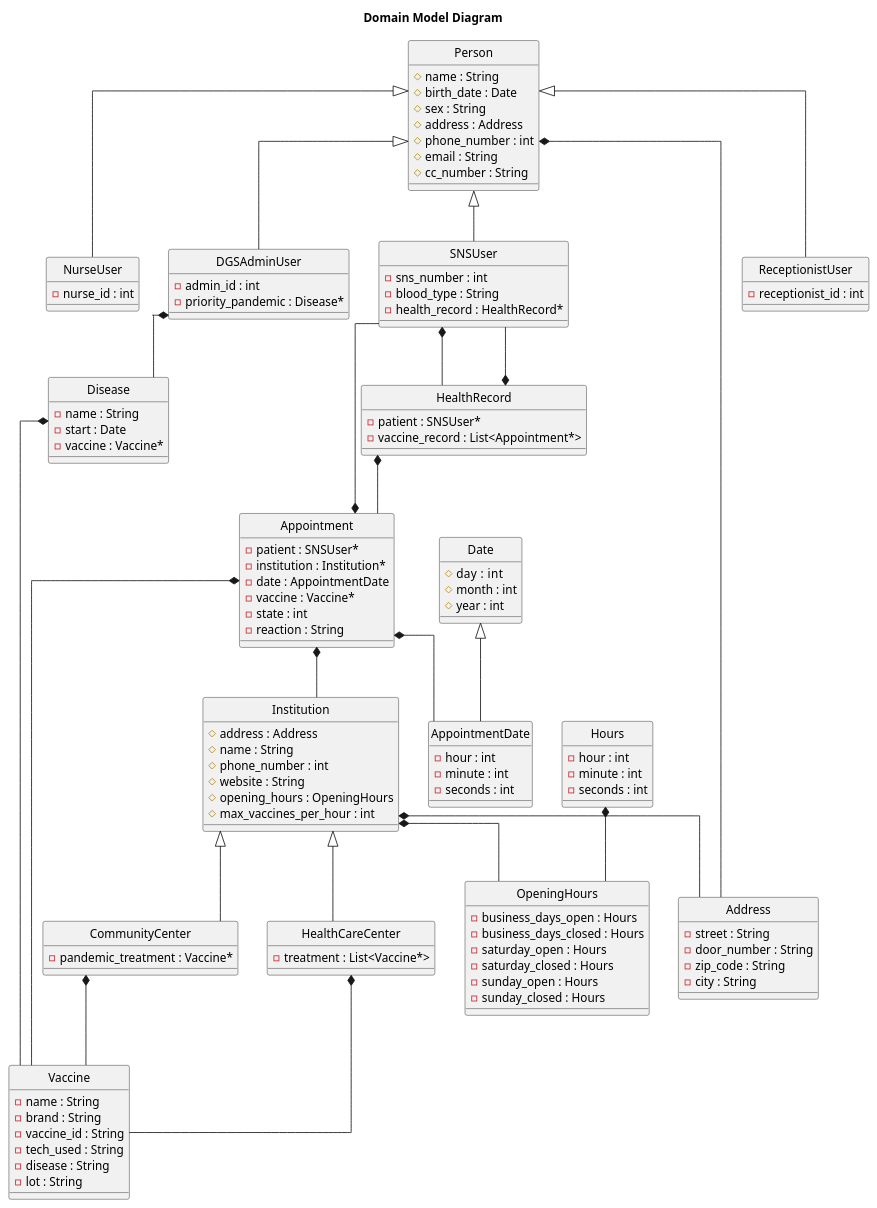
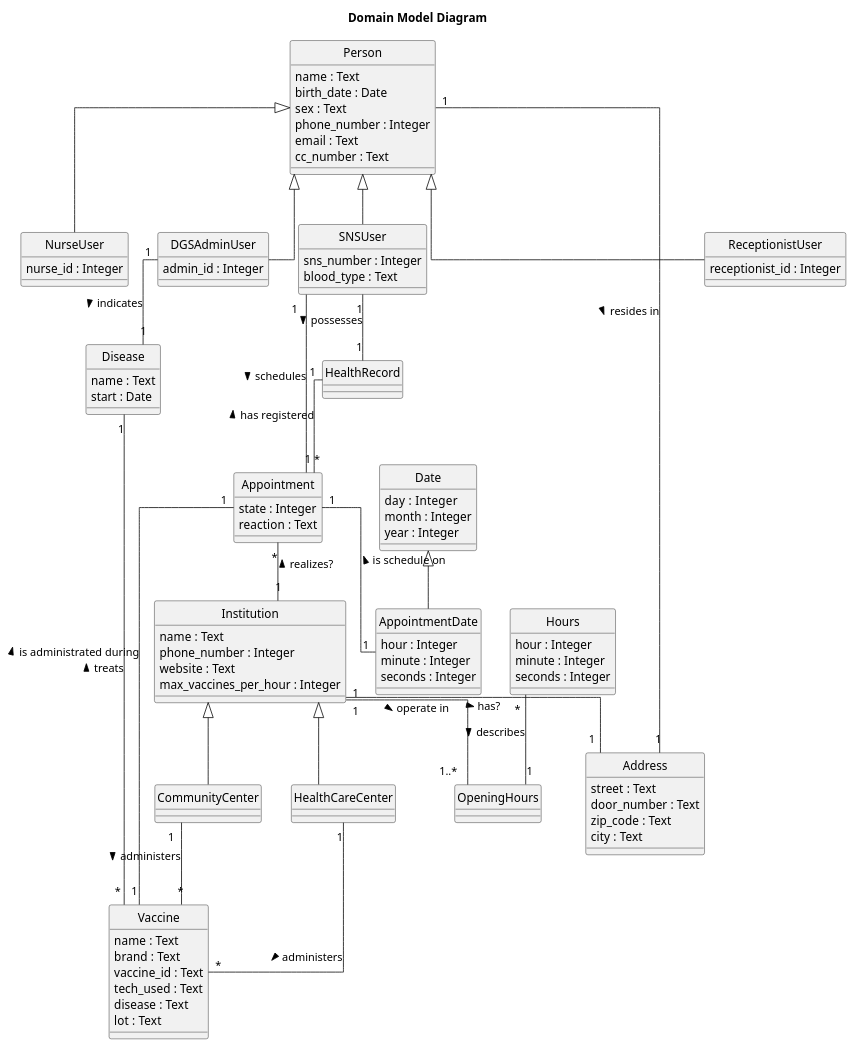
Before and after one commit to pedroguilherme-web/leti-esoft-25-26-A1: the diagram in docs/system-documentation/global-artifacts/puml/domain_model.puml, drawn with PlantUML. The commit also changed 1 other file, not shown here.

```diff
--- a/docs/system-documentation/global-artifacts/puml/domain_model.puml
+++ b/docs/system-documentation/global-artifacts/puml/domain_model.puml
@@ -1,126 +1,125 @@
 @startuml
 'https://plantuml.com/class-diagram
 
 hide circle
 top to bottom direction
 skinparam linetype ortho
 title Domain Model Diagram
 
 class Person {
-    # name : String
-    # birth_date : Date
-    # sex : String
-    # address : Address
-    # phone_number : int
-    # email : String
-    # cc_number : String
+    name : Text
+    birth_date : Date
+    sex : Text
+    'address : Address
+    phone_number : Integer
+    email : Text
+    cc_number : Text
 }
 class NurseUser {
-    - nurse_id : int
+    nurse_id : Integer
 }
 class SNSUser {
-    - sns_number : int
-    - blood_type : String
-    - health_record : HealthRecord*
+    sns_number : Integer
+    blood_type : Text
+    'health_record : HealthRecord*
 }
 class ReceptionistUser {
-    - receptionist_id : int
+    receptionist_id : Integer
 }
 class DGSAdminUser {
-    - admin_id : int
-    - priority_pandemic : Disease*
+    admin_id : Integer
+    'priority_pandemic : Disease*
 }
 class Vaccine {
-    - name : String
-    - brand : String
-    - vaccine_id : String
-    - tech_used : String
-    - disease : String
-    - lot : String
+    name : Text
+    brand : Text
+    vaccine_id : Text
+    tech_used : Text
+    disease : Text
+    lot : Text
 }
 class Appointment {
-    - patient : SNSUser*
-    - institution : Institution*
-    - date : AppointmentDate
-    - vaccine : Vaccine*
-    - state : int
-    - reaction : String
+    'patient : SNSUser*
+    'institution : Institution*
+    'date : AppointmentDate
+    'vaccine : Vaccine*
+    state : Integer
+    reaction : Text
 }
 class Institution {
-    # address : Address
-    # name : String
-    # phone_number : int
-    # website : String
-    # opening_hours : OpeningHours
-    # max_vaccines_per_hour : int
+    'address : Address
+    name : Text
+    phone_number : Integer
+    website : Text
+    'opening_hours : OpeningHours
+    max_vaccines_per_hour : Integer
 }
 class HealthCareCenter {
-    - treatment : List<Vaccine*>
+    'treatment : List<Vaccine*>
 
 }
 class CommunityCenter {
-    - pandemic_treatment : Vaccine*
+    'pandemic_treatment : Vaccine*
 }
 class Address {
-    - street : String
-    - door_number : String
-    - zip_code : String
-    - city : String
+    street : Text
+    door_number : Text
+    zip_code : Text
+    city : Text
 }
 class Date {
-    # day  : int
-    # month : int
-    # year : int
+    day  : Integer
+    month : Integer
+    year : Integer
 }
 class AppointmentDate {
-    - hour : int
-    - minute : int
-    - seconds : int
+    hour : Integer
+    minute : Integer
+    seconds : Integer
 }
 class Hours {
-    - hour : int
-    - minute : int
-    - seconds : int
+    hour : Integer
+    minute : Integer
+    seconds : Integer
 }
 class HealthRecord {
-    - patient : SNSUser*
-    - vaccine_record : List<Appointment*>
+    'patient : SNSUser*
+    'vaccine_record : List<Appointment*>
 }
 class OpeningHours {
-    - business_days_open : Hours
-    - business_days_closed : Hours
-    - saturday_open : Hours
-    - saturday_closed : Hours
-    - sunday_open : Hours
-    - sunday_closed : Hours
+    'business_days_open : Hours
+    'business_days_closed : Hours
+    'saturday_open : Hours
+    'saturday_closed : Hours
+    'sunday_open : Hours
+    'sunday_closed : Hours
 }
 class Disease {
-    - name : String
-    - start : Date
-    - vaccine : Vaccine*
+    name : Text
+    start : Date
+    'vaccine : Vaccine*
 }
 
 Person <|-- NurseUser
 Person <|-- SNSUser
 Person <|-- ReceptionistUser
 Person <|-- DGSAdminUser
-Person *-- Address
+Person "1" -- "1"  Address: resides in >
 Institution <|-- HealthCareCenter
 Institution <|-- CommunityCenter
-HealthCareCenter *-- Vaccine
-CommunityCenter *-- Vaccine
-HealthRecord *-- SNSUser
-HealthRecord *-- Appointment
-Institution *-- Address
-Institution *-- OpeningHours
+HealthCareCenter "1" -- "*" Vaccine: administers >
+CommunityCenter "1" -- "*" Vaccine: administers >
+SNSUser "1" -- "1" HealthRecord: possesses >
+HealthRecord "1" -- "*" Appointment: < has registered
+Institution "1" -- "1" Address: has? >
+Institution "1" -- "1..*" OpeningHours: operate in >
 Date <|-- AppointmentDate
-SNSUser *-- HealthRecord
-DGSAdminUser *-- Disease
-Appointment *-- SNSUser
-Appointment *-- Institution
-Appointment *-- AppointmentDate
-Appointment *-- Vaccine
-Disease *-- Vaccine
-Hours *-- OpeningHours
+DGSAdminUser "1" -- "1" Disease: indicates >
+Appointment "1" -- "1" SNSUser: < schedules
+Appointment "*" -- "1" Institution: < realizes?
+Appointment "1" -- "1" AppointmentDate: < is schedule on
+Appointment "1" -- "1" Vaccine: < is administrated during
+Disease "1" -- "*" Vaccine: < treats
+Hours "*" -- "1" OpeningHours: describes >
 
 @enduml
```
